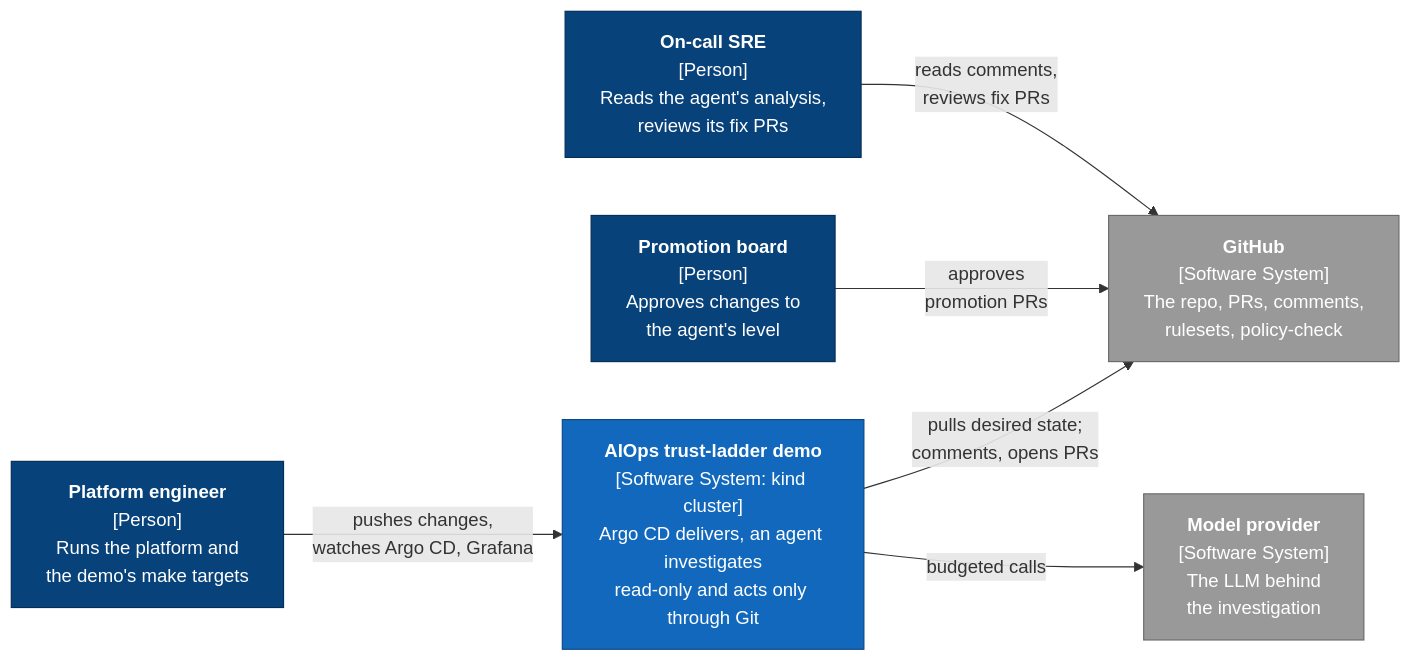
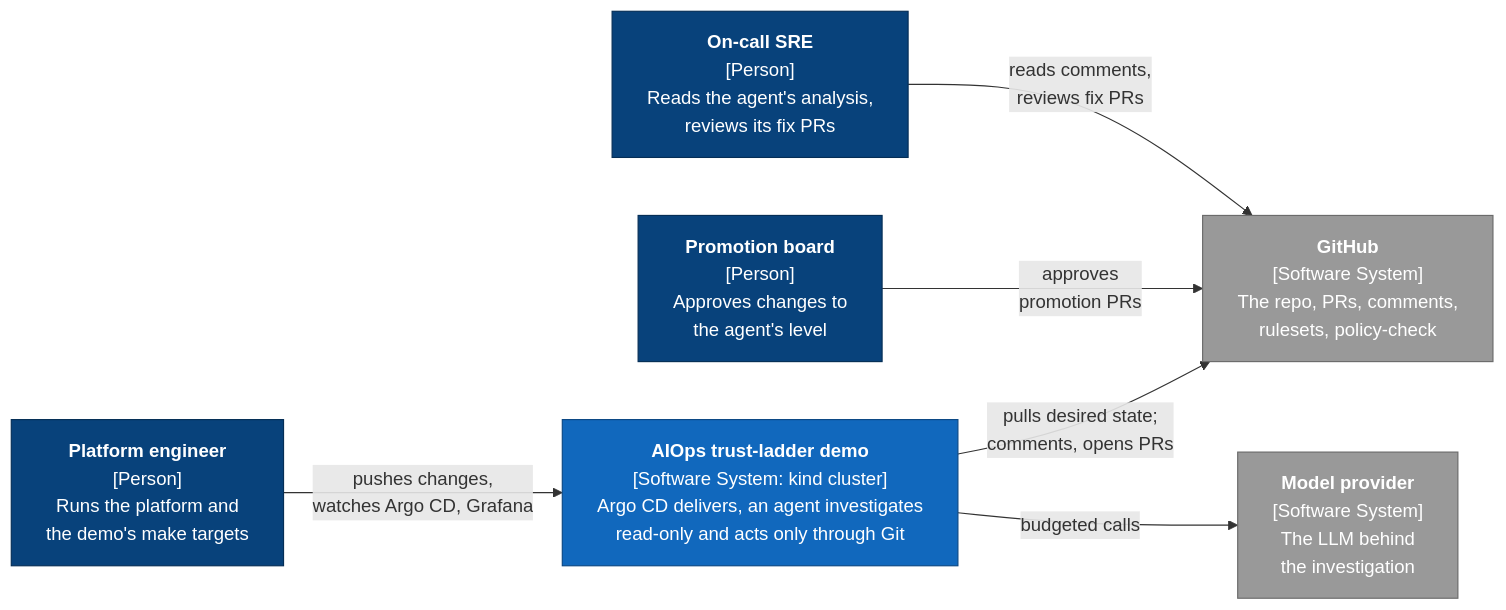
The first of 2 diagrams in README.md (argo-multiverse-labs/argoconna26), drawn with Mermaid before and after one commit. The commit also changed 2 other files, not shown here.

Commit message:
docs: wider label wrapping for the C4 diagrams on GitHub

````diff
--- a/README.md
+++ b/README.md
@@ -114,24 +114,25 @@
 ```mermaid
+%%{init: {"flowchart": {"wrappingWidth": 320}}}%%
 flowchart LR
   pe["<b>Platform engineer</b><br/>[Person]<br/>Runs the platform and<br/>the demo's make targets"]
   sre["<b>On-call SRE</b><br/>[Person]<br/>Reads the agent's analysis,<br/>reviews its fix PRs"]
   board["<b>Promotion board</b><br/>[Person]<br/>Approves changes to<br/>the agent's level"]
 
   demo["<b>AIOps trust-ladder demo</b><br/>[Software System: kind cluster]<br/>Argo CD delivers, an agent investigates<br/>read-only and acts only through Git"]
 
   gh["<b>GitHub</b><br/>[Software System]<br/>The repo, PRs, comments,<br/>rulesets, policy-check"]
   llm["<b>Model provider</b><br/>[Software System]<br/>The LLM behind<br/>the investigation"]
 
   pe -->|"pushes changes,<br/>watches Argo CD, Grafana"| demo
   sre -->|"reads comments,<br/>reviews fix PRs"| gh
   board -->|"approves<br/>promotion PRs"| gh
   demo -->|"pulls desired state;<br/>comments, opens PRs"| gh
   demo -->|"budgeted calls"| llm
 
   classDef person fill:#08427b,stroke:#052e56,color:#fff
   classDef system fill:#1168bd,stroke:#0b4884,color:#fff
   classDef external fill:#999999,stroke:#6b6b6b,color:#fff
   class pe,sre,board person
   class demo system
   class gh,llm external
 ```
````
